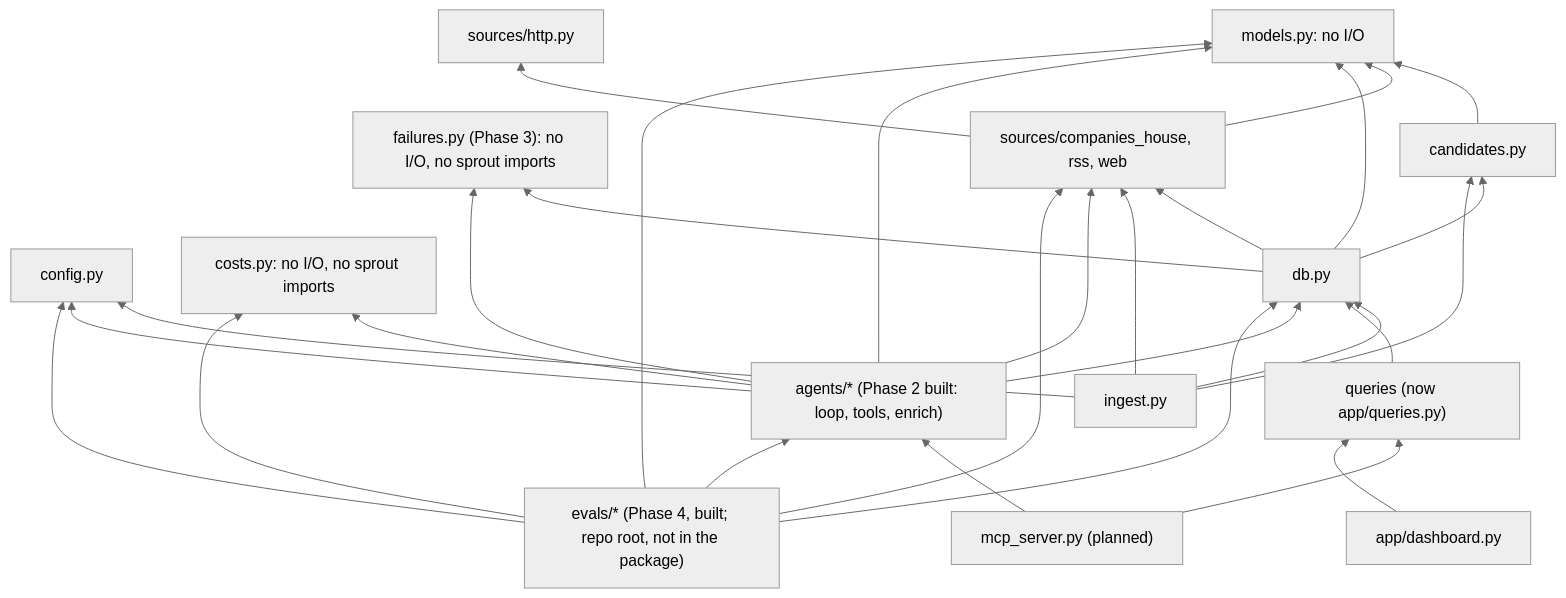
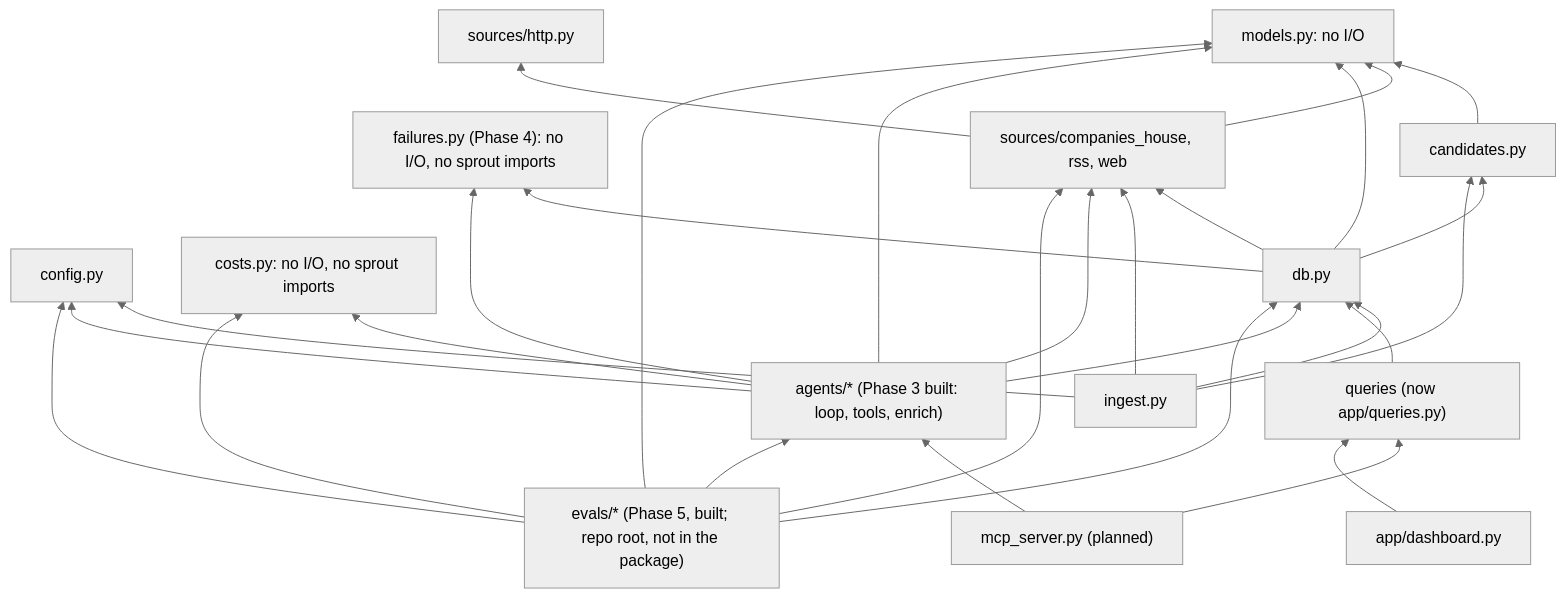
The first of 2 diagrams in docs/architecture/1. overview.md (Farzaanee/sprout), drawn with Mermaid (neutral theme) before and after one commit. The commit also changed other lines of this file and 33 other files, not shown here.

````diff
--- a/docs/architecture/1. overview.md
+++ b/docs/architecture/1. overview.md
@@ -23,44 +23,44 @@
 ```mermaid
 flowchart BT
     models["models.py: no I/O"]
     config["config.py"]
     costs["costs.py: no I/O, no sprout imports"]
-    failures["failures.py (Phase 3): no I/O, no sprout imports"]
+    failures["failures.py (Phase 4): no I/O, no sprout imports"]
     candidates["candidates.py"]
     http["sources/http.py"]
     sources["sources/companies_house, rss, web"]
     db["db.py"]
     ingest["ingest.py"]
     queries["queries (now app/queries.py)"]
-    agents["agents/* (Phase 2 built: loop, tools, enrich)"]
+    agents["agents/* (Phase 3 built: loop, tools, enrich)"]
     mcp["mcp_server.py (planned)"]
     dash["app/dashboard.py"]
-    evals["evals/* (Phase 4, built; repo root, not in the package)"]
+    evals["evals/* (Phase 5, built; repo root, not in the package)"]
     candidates --> models
     sources --> http
     sources --> models
     db --> models
     db --> candidates
     db --> sources
     db --> failures
     ingest --> db
     ingest --> sources
     ingest --> candidates
     ingest --> config
     queries --> db
     agents --> db
     agents --> sources
     agents --> models
     agents --> config
     agents --> costs
     agents --> failures
     mcp --> queries
     mcp --> agents
     dash --> queries
     evals --> agents
     evals --> models
     evals --> db
     evals --> sources
     evals --> costs
     evals --> config
 ```
````
